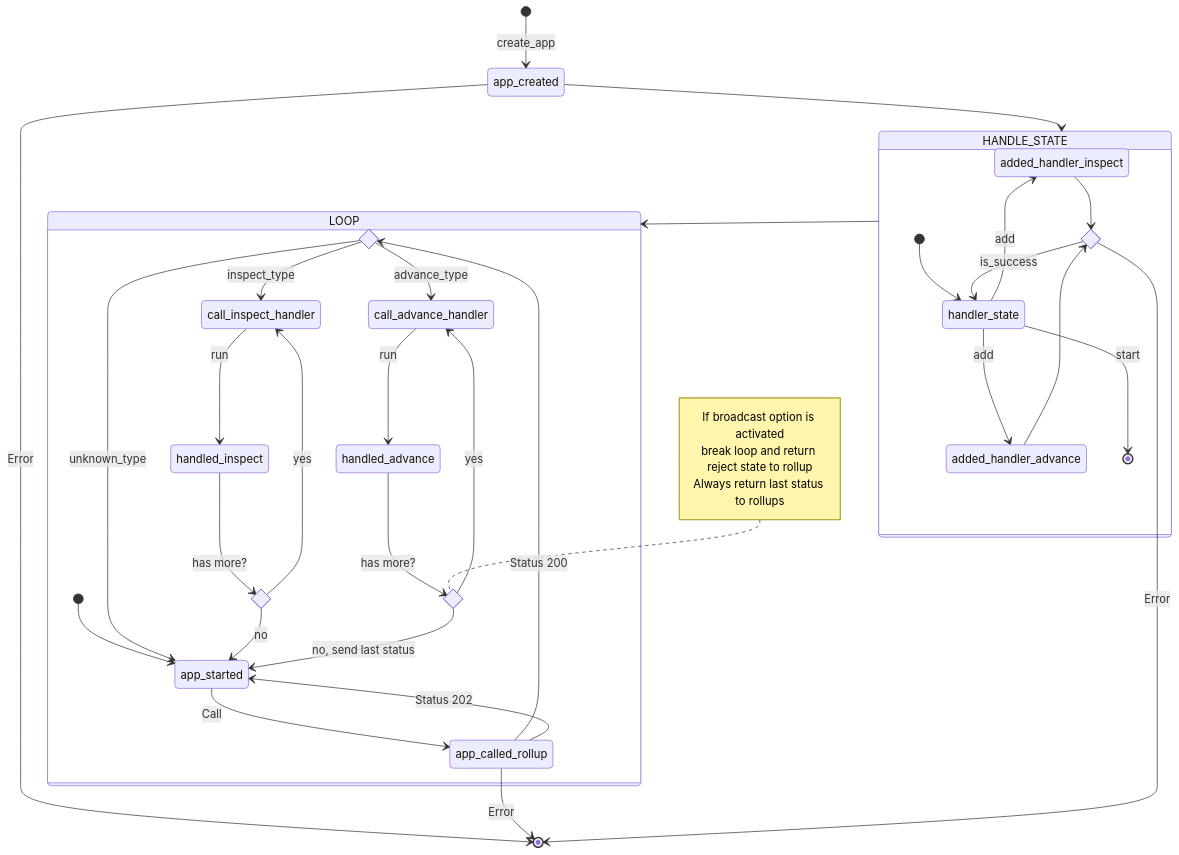
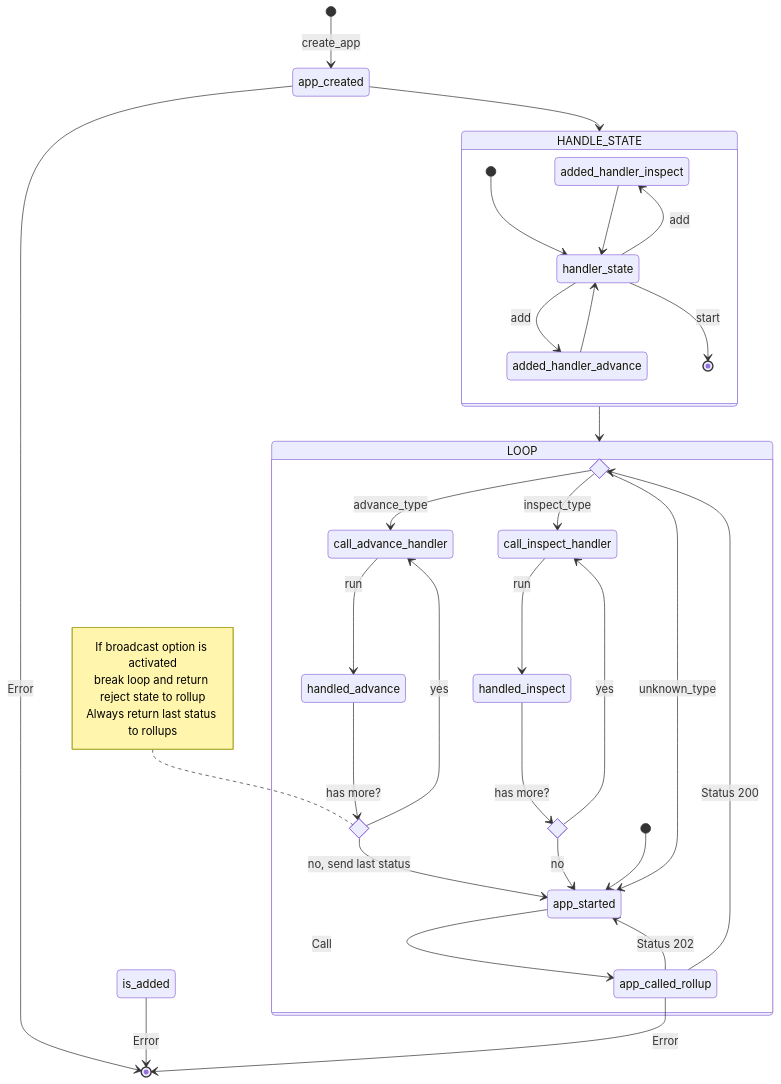
Before and after one commit to Calindra/deroll: the diagram in README.md, drawn with Mermaid.

Commit message:
docs: more improvements in doc

````diff
--- a/README.md
+++ b/README.md
@@ -141,74 +141,70 @@
 ```mermaid
 stateDiagram-v2
     direction TB
     A: app_created
 
     E: added_handler_inspect
     F: added_handler_advance
 
-    state is_added <<choice>>
     state request_type <<choice>>
     state has_handler_inspect <<choice>>
     state has_handler_advanced <<choice>>
     
     G: app_started
     C: app_called_rollup
 
     ADH: call_advance_handler
     INH: call_inspect_handler
 
     X: handler_state
 
     state HANDLE_STATE {
         [*] --> X
 
         X --> F: add
         X --> E: add
 
-        E --> is_added
-        F --> is_added
-
-        is_added --> X: is_success
-        
+        E --> X
+        F --> X
         
         X --> [*]: start
     }
 
     state LOOP {
         [*] --> G
         G --> C : Call
         C --> request_type : Status 200
         C --> G: Status 202
 
         request_type --> ADH: advance_type
         request_type --> INH: inspect_type
         request_type --> G: unknown_type
 
         INH --> handled_inspect: run
         ADH --> handled_advance: run
 
         handled_inspect --> has_handler_inspect : has more?
         handled_advance --> has_handler_advanced : has more?
 
         has_handler_inspect --> INH: yes
         has_handler_inspect --> G: no
         
         has_handler_advanced --> ADH: yes
         has_handler_advanced --> G: no, send last status
 
         note left of has_handler_advanced
         If broadcast option is activated
         break loop and return reject state to rollup
         Always return last status to rollups
         end note
     }
 
     [*] --> A : create_app
     A --> HANDLE_STATE
     HANDLE_STATE --> LOOP
 
 
     A --> [*] : Error
     C --> [*] : Error
     is_added --> [*]: Error
 ```
````
